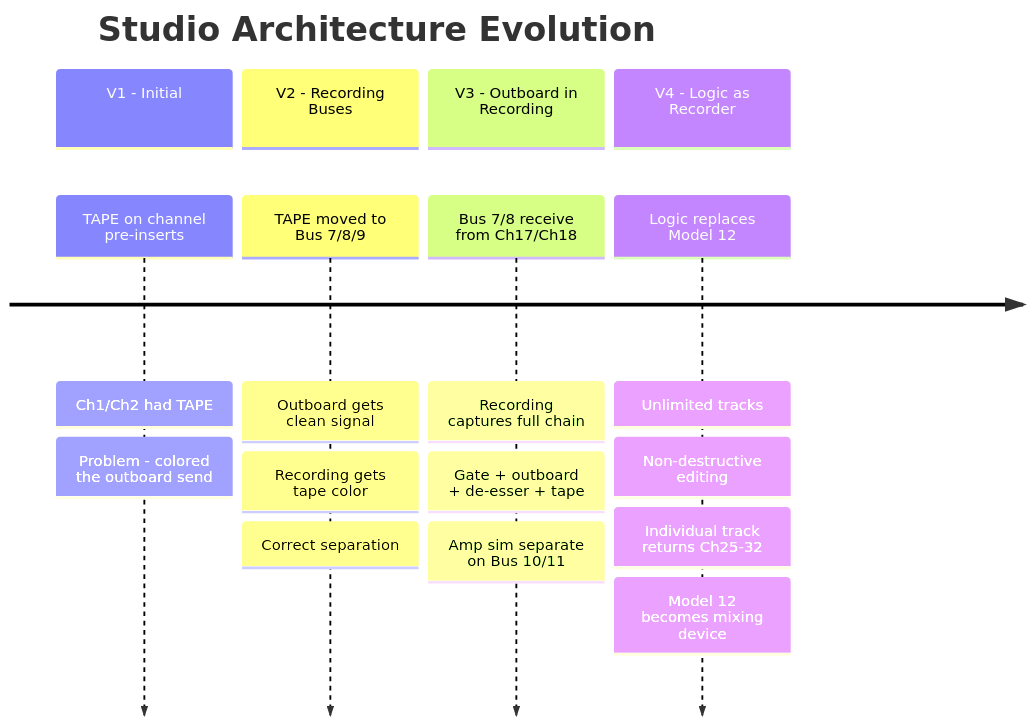
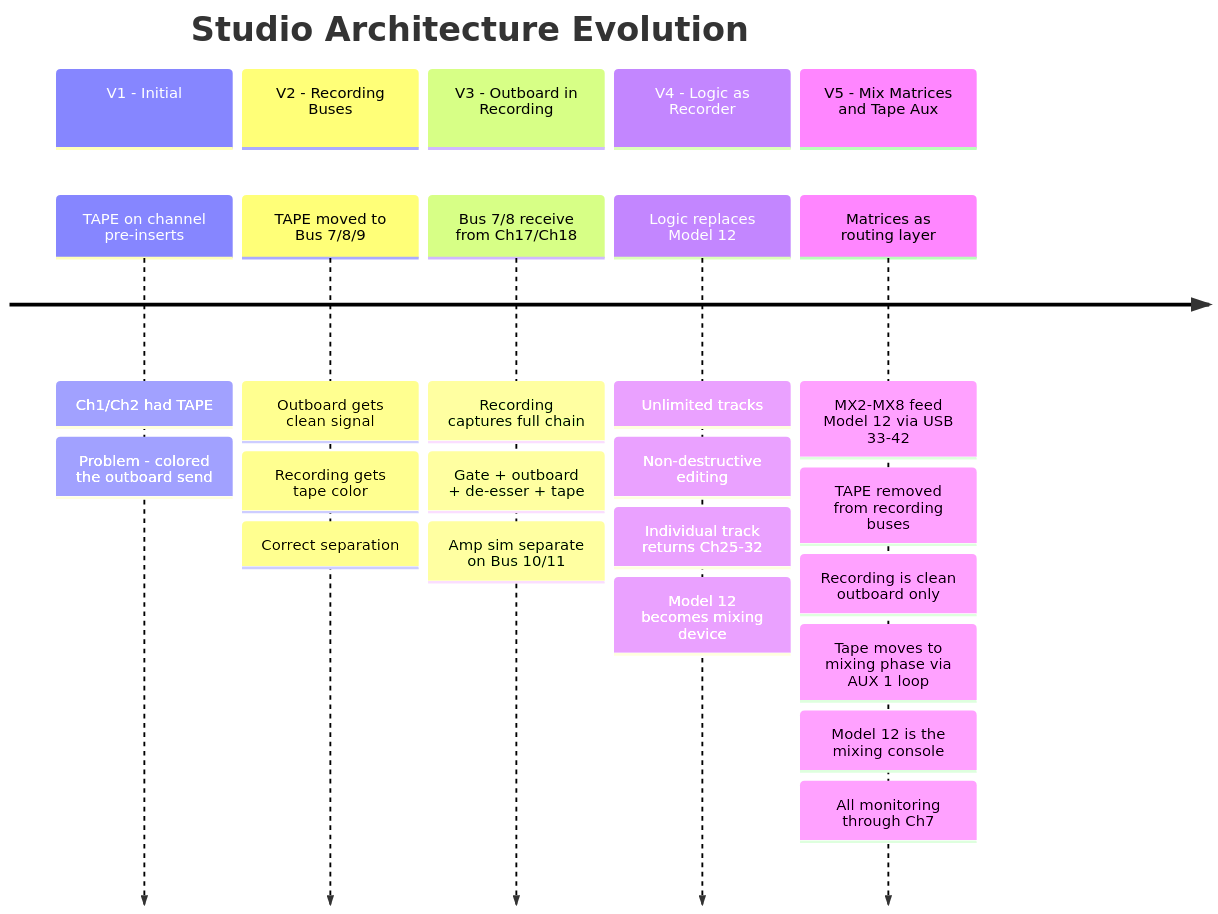
Diagram 18 of 21 in docs/diagrams.md (ldenman/studio-setup), drawn with Mermaid before and after one commit. The commit also changed other lines of this file and 1 other file, not shown here.

First line of the commit message:
Update all diagrams for mix matrices and tape aux loop

````diff
--- a/docs/diagrams.md
+++ b/docs/diagrams.md
@@ -606,20 +772,27 @@
 ```mermaid
 timeline
     title Studio Architecture Evolution
     section V1 - Initial
         TAPE on channel pre-inserts : Ch1/Ch2 had TAPE
         : Problem - colored the outboard send
     section V2 - Recording Buses
         TAPE moved to Bus 7/8/9 : Outboard gets clean signal
         : Recording gets tape color
         : Correct separation
     section V3 - Outboard in Recording
         Bus 7/8 receive from Ch17/Ch18 : Recording captures full chain
         : Gate + outboard + de-esser + tape
         : Amp sim separate on Bus 10/11
     section V4 - Logic as Recorder
         Logic replaces Model 12 : Unlimited tracks
         : Non-destructive editing
         : Individual track returns Ch25-32
         : Model 12 becomes mixing device
+    section V5 - Mix Matrices and Tape Aux
+        Matrices as routing layer : MX2-MX8 feed Model 12 via USB 33-42
+        : TAPE removed from recording buses
+        : Recording is clean outboard only
+        : Tape moves to mixing phase via AUX 1 loop
+        : Model 12 is the mixing console
+        : All monitoring through Ch7
 ```
````
